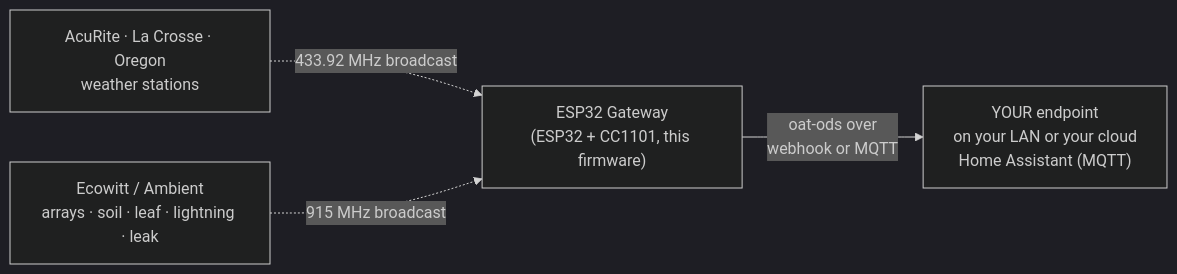
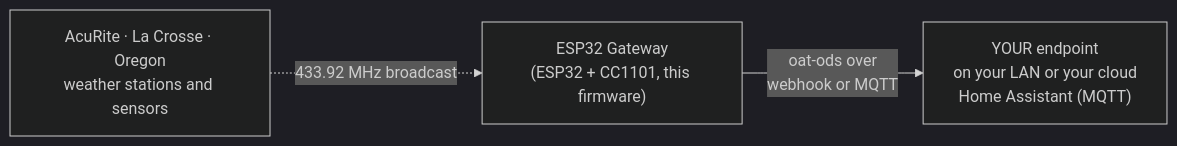
The diagram in oat-weather-listener/README.md (openagtechnology/oat-sketches), drawn with Mermaid (dark theme) before and after one commit. The commit also changed other lines of this file and 2 other files, not shown here.

First line of the commit message:
weather-listener 1.0.3→1.0.4

````diff
--- a/oat-weather-listener/README.md
+++ b/oat-weather-listener/README.md
@@ -42,6 +41,5 @@
 ```mermaid
 flowchart LR
-  W["AcuRite · La Crosse · Oregon<br>weather stations"] -. "433.92 MHz broadcast" .-> GW
-  F["Ecowitt / Ambient<br>arrays · soil · leaf · lightning · leak"] -. "915 MHz broadcast" .-> GW
+  W["AcuRite · La Crosse · Oregon<br>weather stations and sensors"] -. "433.92 MHz broadcast" .-> GW
   GW["ESP32 Gateway<br>(ESP32 + CC1101, this firmware)"] -- "oat-ods over<br>webhook or MQTT" --> E["YOUR endpoint<br>on your LAN or your cloud<br>Home Assistant (MQTT)"]
 ```
````
